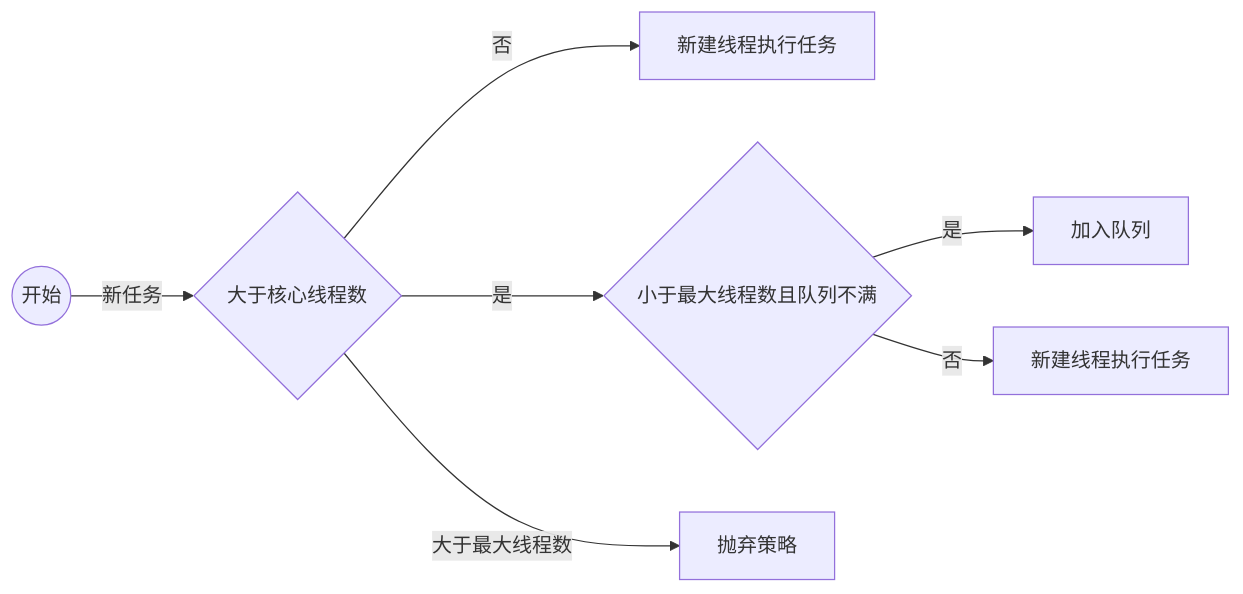
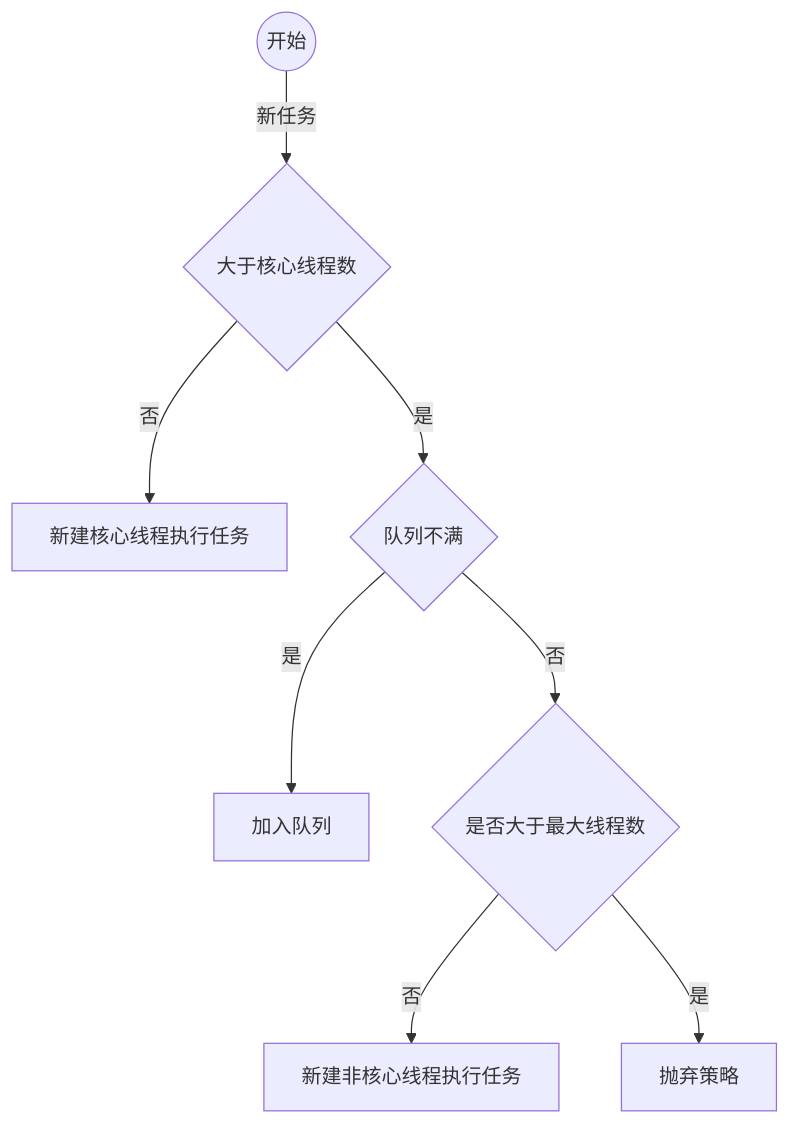
Before and after one commit to vay-qz/Learning: the first of 3 diagrams in file/多线程/ThreadPoolExecutor.md, drawn with Mermaid. The commit also changed 3 other files, not shown here.

````diff
--- a/file/多线程/ThreadPoolExecutor.md
+++ b/file/多线程/ThreadPoolExecutor.md
@@ -28,9 +28,10 @@
   ```mermaid
-  graph LR
+  graph TD
       START((开始)) --新任务--> B{大于核心线程数}
-      B --否--> D[新建线程执行任务]
-      B --是--> C{小于最大线程数且队列不满}
+      B --否--> D[新建核心线程执行任务]
+      B --是--> C{队列不满}
       C --是--> E[加入队列]
-      C --否--> F[新建线程执行任务]
-      B --大于最大线程数--> G[抛弃策略]
+      C --否--> F{是否大于最大线程数}
+      F --否--> H[新建非核心线程执行任务]
+      F --是--> G[抛弃策略]
   ```
````
